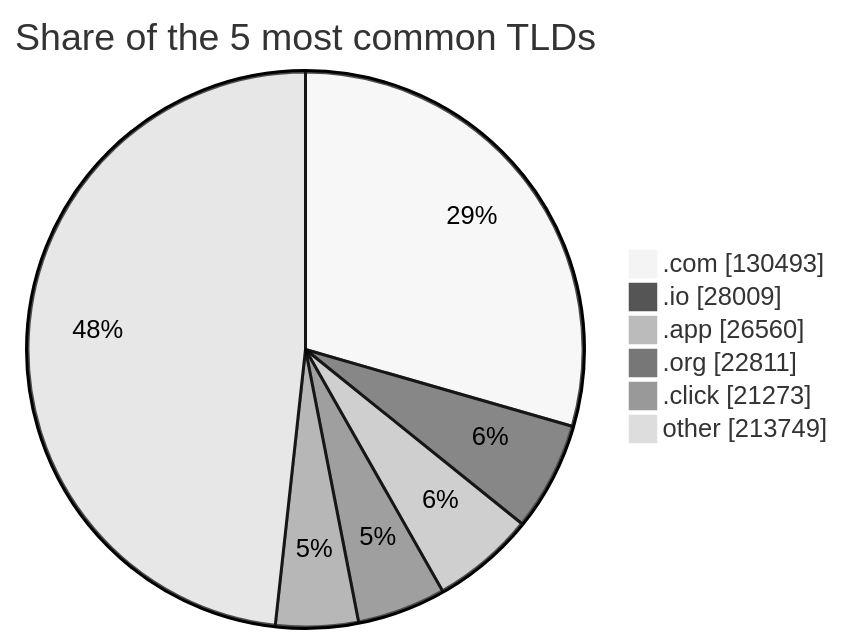
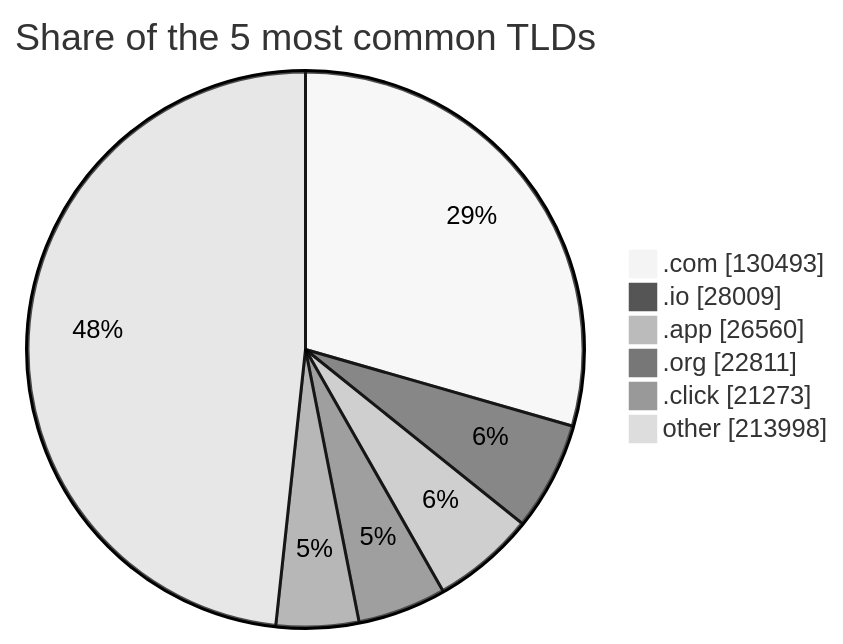
One commit to DNSBunker/CTI changed the third of 3 diagrams in README.md. Above: the diagram before and after it, drawn with Mermaid (neutral theme). The commit also changed other lines of this file and 3 other files, not shown here.

````diff
--- a/README.md
+++ b/README.md
@@ -81,9 +81,9 @@
 ```mermaid
 pie showData title Share of the 5 most common TLDs
     ".com" : 130493
     ".io" : 28009
     ".app" : 26560
     ".org" : 22811
     ".click" : 21273
-    "other" : 213749
+    "other" : 213998
 ```
````
